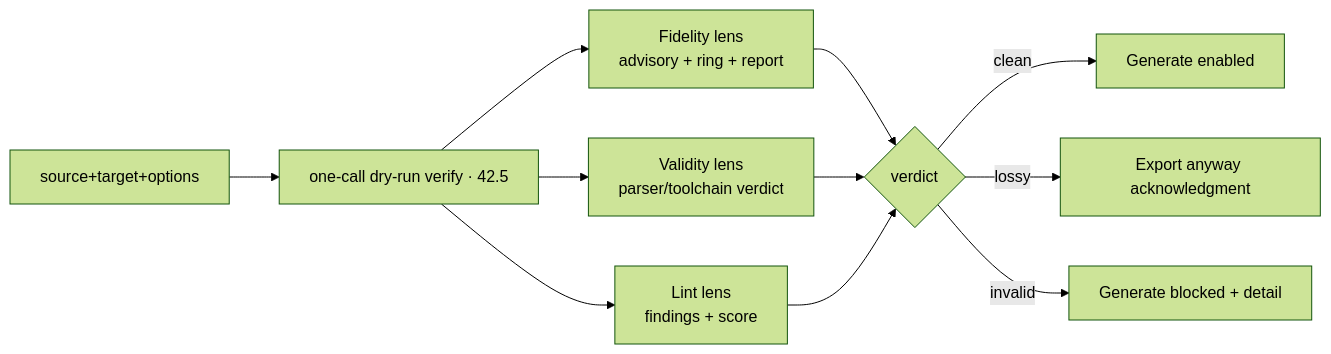
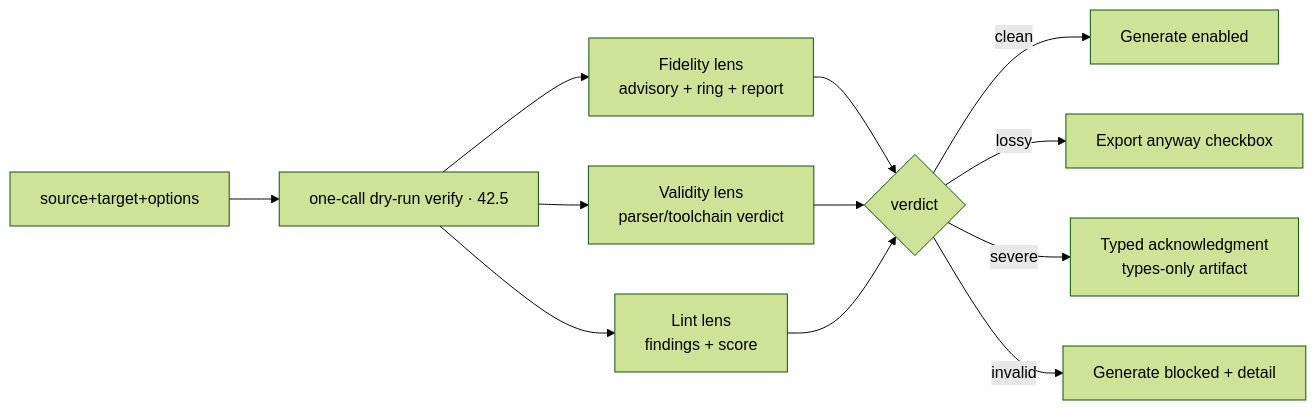
One commit to apiome/apiome changed the second of 3 diagrams in docs/ROADMAP_MULTI_FORMAT_EXPORT_UI.md. Above: the diagram before and after it, drawn with Mermaid (forest theme). The commit also changed other lines of this file and 9 other files, not shown here.

````diff
--- a/docs/ROADMAP_MULTI_FORMAT_EXPORT_UI.md
+++ b/docs/ROADMAP_MULTI_FORMAT_EXPORT_UI.md
@@ -396,11 +396,12 @@
 ```mermaid
 flowchart LR
   OPT[source+target+options] --> DRY[one-call dry-run verify · 42.5]
   DRY --> F[Fidelity lens\nadvisory + ring + report]
   DRY --> V[Validity lens\nparser/toolchain verdict]
   DRY --> L[Lint lens\nfindings + score]
   F & V & L --> GATE{verdict}
   GATE -->|clean| GEN[Generate enabled]
-  GATE -->|lossy| ACK[Export anyway acknowledgment]
+  GATE -->|lossy| ACK[Export anyway checkbox]
+  GATE -->|severe| TYPED[Typed acknowledgment\ntypes-only artifact]
   GATE -->|invalid| BLOCK[Generate blocked + detail]
 ```
````
